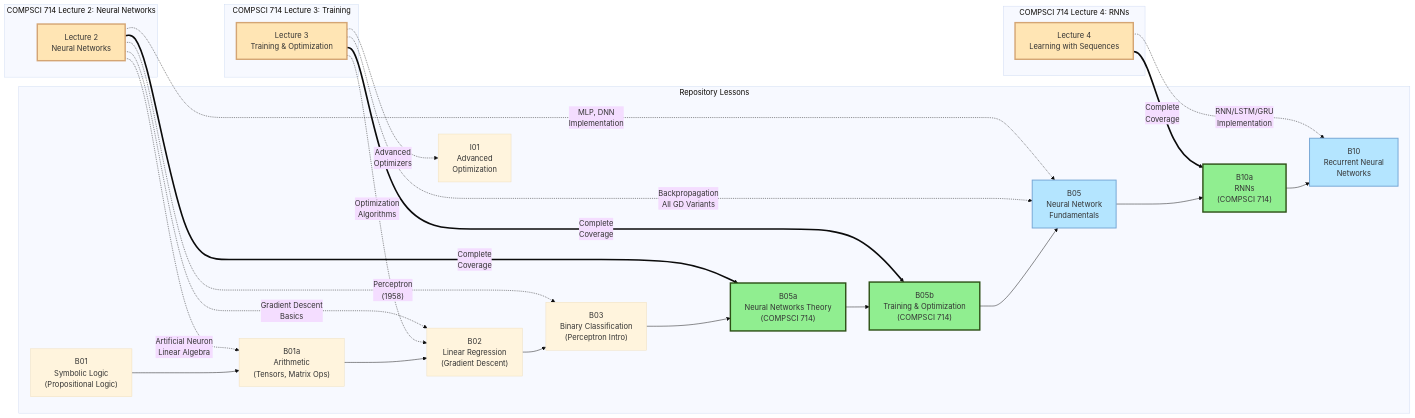
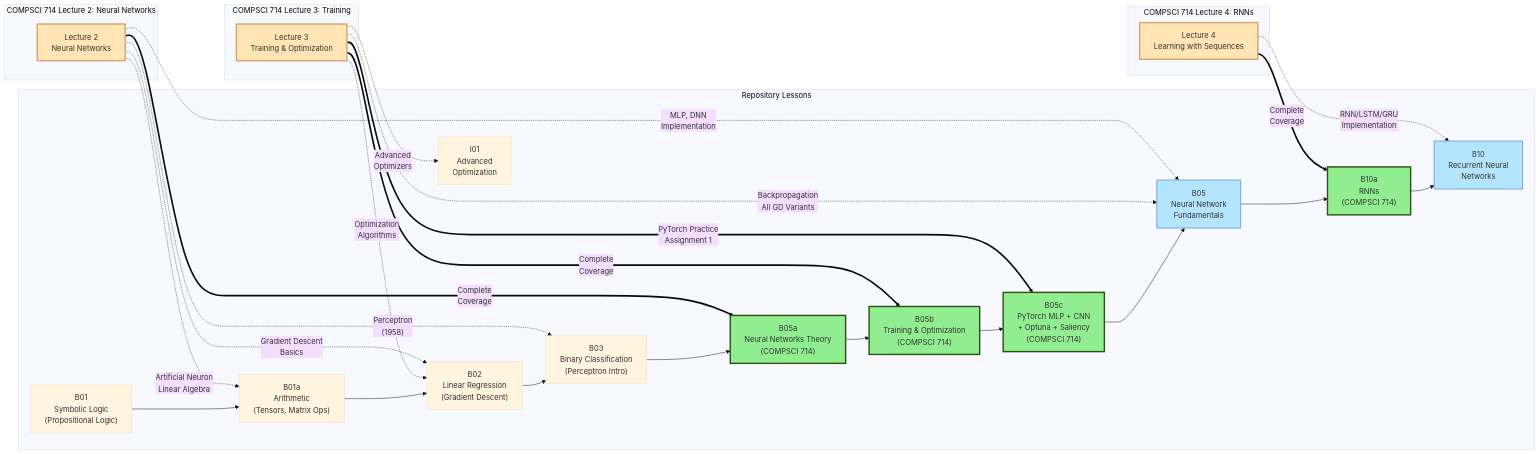
The first of 11 diagrams in Basic/README.md (nexageapps/AI), drawn with Mermaid (base theme) before and after one commit. The commit also changed other lines of this file and 7 other files, not shown here.

````diff
--- a/Basic/README.md
+++ b/Basic/README.md
@@ -61,53 +61,56 @@
 ```mermaid
 graph LR
     subgraph "COMPSCI 714 Lecture 2: Neural Networks"
         L2["Lecture 2<br/>Neural Networks"]
     end
     
     subgraph "COMPSCI 714 Lecture 3: Training"
         L3["Lecture 3<br/>Training & Optimization"]
     end
     
     subgraph "COMPSCI 714 Lecture 4: RNNs"
         L4["Lecture 4<br/>Learning with Sequences"]
     end
     
     subgraph "Repository Lessons"
         B01["B01<br/>Symbolic Logic<br/>(Propositional Logic)"]
         B01a["B01a<br/>Arithmetic<br/>(Tensors, Matrix Ops)"]
         B02["B02<br/>Linear Regression<br/>(Gradient Descent)"]
         B03["B03<br/>Binary Classification<br/>(Perceptron Intro)"]
         B05a["B05a<br/>Neural Networks Theory<br/>(COMPSCI 714)"]
         B05b["B05b<br/>Training & Optimization<br/>(COMPSCI 714)"]
+        B05c["B05c<br/>PyTorch MLP + CNN<br/>+ Optuna + Saliency<br/>(COMPSCI 714)"]
         B05["B05<br/>Neural Network<br/>Fundamentals"]
         B10a["B10a<br/>RNNs<br/>(COMPSCI 714)"]
         B10["B10<br/>Recurrent Neural<br/>Networks"]
         I01["I01<br/>Advanced<br/>Optimization"]
     end
     
     L2 -.->|"Artificial Neuron<br/>Linear Algebra"| B01a
     L2 -.->|"Gradient Descent<br/>Basics"| B02
     L2 -.->|"Perceptron<br/>(1958)"| B03
     L2 ==>|"Complete<br/>Coverage"| B05a
     L2 -.->|"MLP, DNN<br/>Implementation"| B05
     
     L3 -.->|"Optimization<br/>Algorithms"| B02
     L3 ==>|"Complete<br/>Coverage"| B05b
     L3 -.->|"Backpropagation<br/>All GD Variants"| B05
     L3 -.->|"Advanced<br/>Optimizers"| I01
+    L3 ==>|"PyTorch Practice<br/>Assignment 1"| B05c
     
     L4 ==>|"Complete<br/>Coverage"| B10a
     L4 -.->|"RNN/LSTM/GRU<br/>Implementation"| B10
     
-    B01 --> B01a --> B02 --> B03 --> B05a --> B05b --> B05
+    B01 --> B01a --> B02 --> B03 --> B05a --> B05b --> B05c --> B05
     B05 --> B10a --> B10
     
     style L2 fill:#FFE5B4,stroke:#D4A574,stroke-width:3px
     style L3 fill:#FFE5B4,stroke:#D4A574,stroke-width:3px
     style L4 fill:#FFE5B4,stroke:#D4A574,stroke-width:3px
     style B05a fill:#90EE90,stroke:#2d5016,stroke-width:3px
     style B05b fill:#90EE90,stroke:#2d5016,stroke-width:3px
+    style B05c fill:#90EE90,stroke:#2d5016,stroke-width:3px
     style B10a fill:#90EE90,stroke:#2d5016,stroke-width:3px
     style B05 fill:#B4E5FF,stroke:#74A5D4,stroke-width:2px
     style B10 fill:#B4E5FF,stroke:#74A5D4,stroke-width:2px
 ```
````
